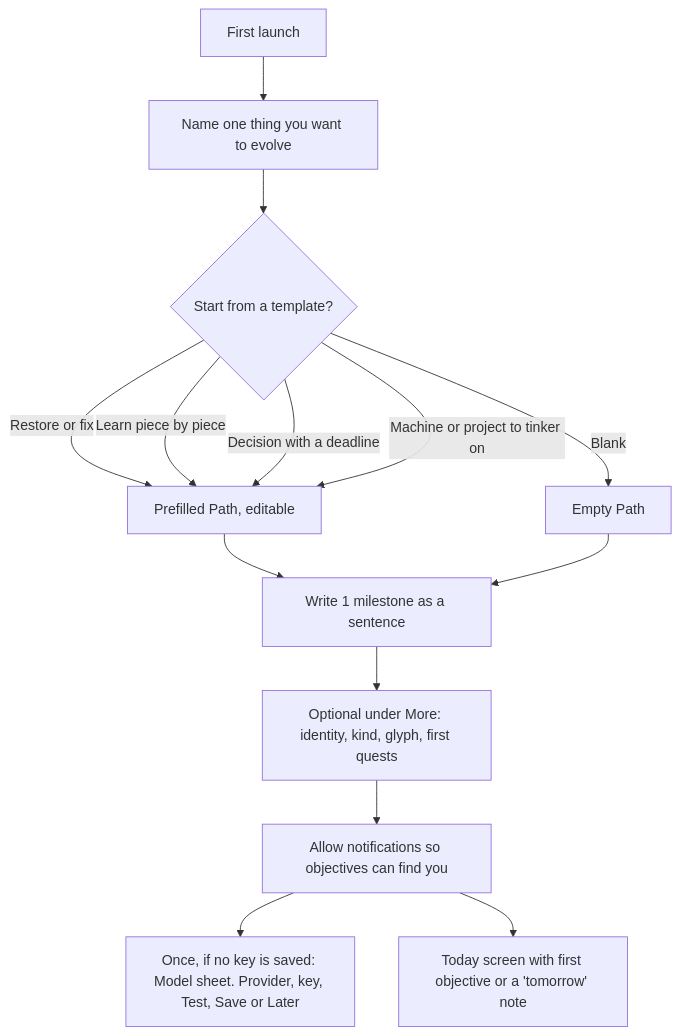
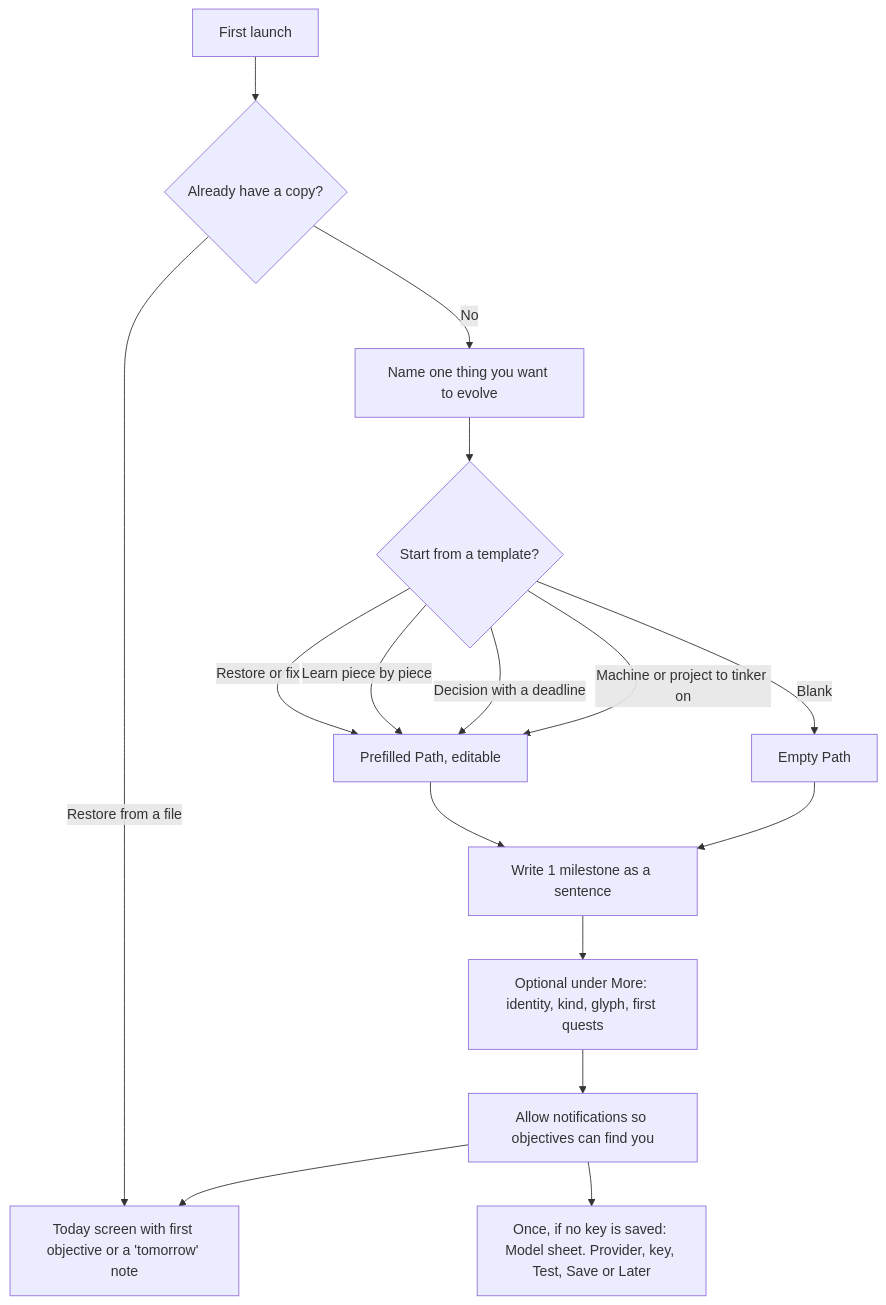
Before and after one commit to nabil144/life-is-a-game: the first of 6 diagrams in docs/screens-and-flows.md, drawn with Mermaid. The commit also changed other lines of this file and 5 other files, not shown here.

Commit message:
Build 0.5 (5): Files copy, restore, one-time pick sheet

````diff
--- a/docs/screens-and-flows.md
+++ b/docs/screens-and-flows.md
@@ -21,16 +21,18 @@
 ```mermaid
 flowchart TD
-  Launch[First launch] --> Ask["Name one thing you want to evolve"]
+  Launch[First launch] --> Have{"Already have a copy?"}
+  Have -->|Restore from a file| Today
+  Have -->|No| Ask["Name one thing you want to evolve"]
   Ask --> Template{"Start from a template?"}
   Template -->|Restore or fix| Fill[Prefilled Path, editable]
   Template -->|Learn piece by piece| Fill
   Template -->|Decision with a deadline| Fill
   Template -->|Machine or project to tinker on| Fill
   Template -->|Blank| Empty[Empty Path]
   Fill --> Milestone["Write 1 milestone as a sentence"]
   Empty --> Milestone
   Milestone --> More["Optional under More: identity, kind, glyph, first quests"]
   More --> Notify["Allow notifications so objectives can find you"]
   Notify --> Key["Once, if no key is saved: Model sheet. Provider, key, Test, Save or Later"]
   Notify --> Today[Today screen with first objective or a 'tomorrow' note]
 ```
````
